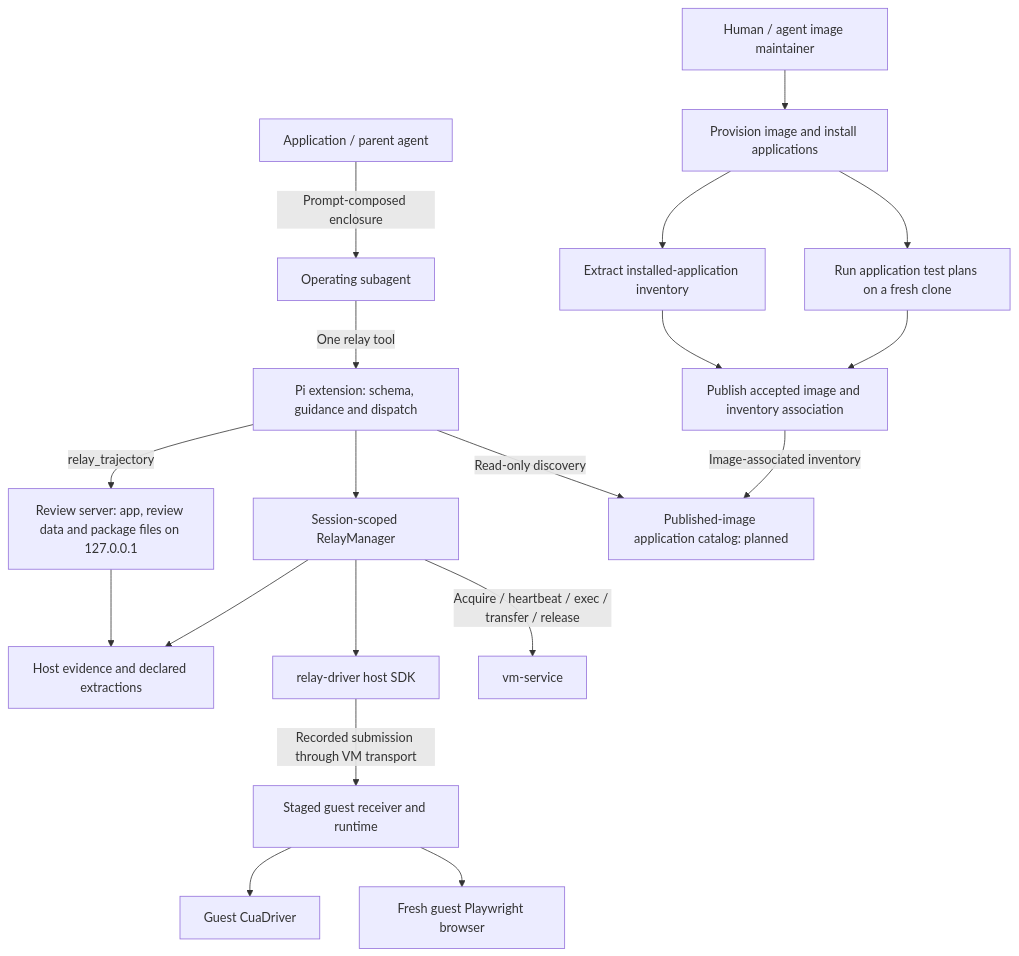
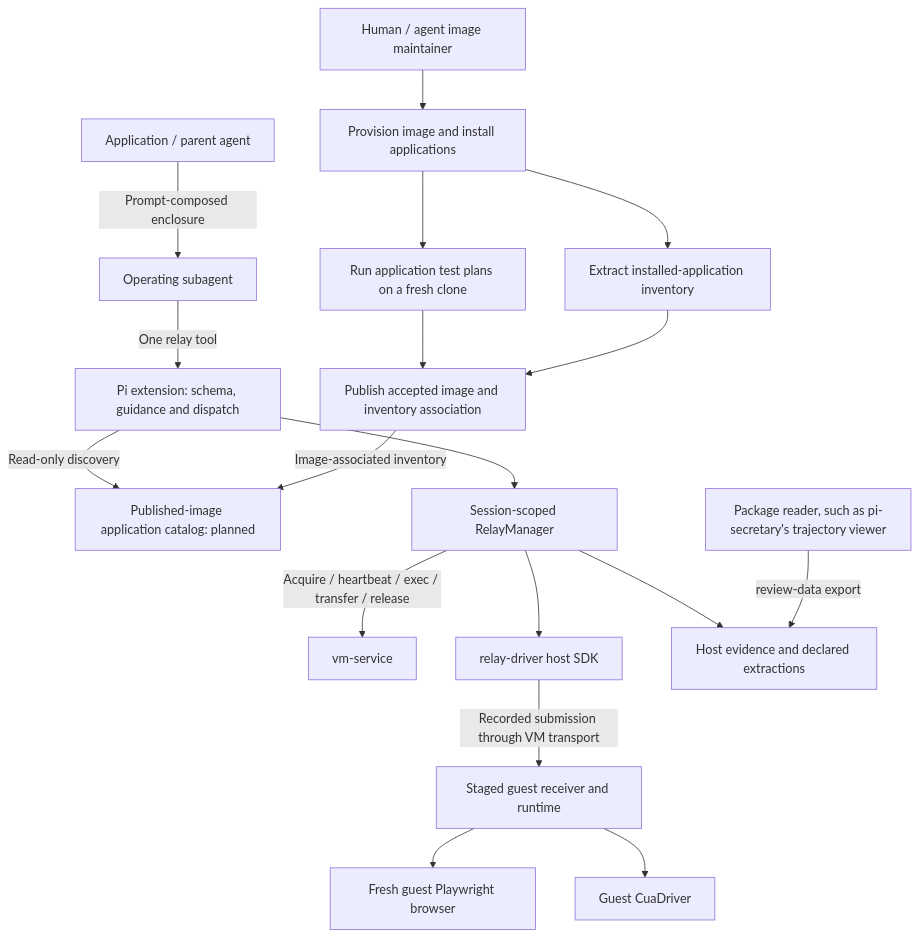
One commit to WeZZard/mcp-vm-relay changed the first of 4 diagrams in docs/technical-design.md. Above: the diagram before and after it, drawn with Mermaid. The commit also changed other lines of this file and 27 other files, not shown here.

First line of the commit message:
refactor!: move the trajectory viewer out to pi-secretary

````diff
--- a/docs/technical-design.md
+++ b/docs/technical-design.md
@@ -36,21 +36,20 @@
 ```mermaid
 flowchart TB
     App[Application / parent agent] -->|Prompt-composed enclosure| Agent[Operating subagent]
     Agent -->|One relay tool| Pi[Pi extension: schema, guidance and dispatch]
     Pi -->|Read-only discovery| Catalog[Published-image application catalog: planned]
     Pi --> Manager[Session-scoped RelayManager]
     Manager -->|Acquire / heartbeat / exec / transfer / release| VM[vm-service]
     Manager --> SDK[relay-driver host SDK]
     SDK -->|Recorded submission through VM transport| Guest[Staged guest receiver and runtime]
     Guest --> Browser[Fresh guest Playwright browser]
     Guest --> CUA[Guest CuaDriver]
     Manager --> Evidence[Host evidence and declared extractions]
-    Pi -->|relay_trajectory| Review[Review server: app, review data and package files on 127.0.0.1]
-    Review --> Evidence
+    Reader[Package reader, such as pi-secretary's trajectory viewer] -->|review-data export| Evidence
     Maintainer[Human / agent image maintainer] --> Provision[Provision image and install applications]
     Provision --> Tests[Run application test plans on a fresh clone]
     Provision --> Inventory[Extract installed-application inventory]
     Tests --> Publish[Publish accepted image and inventory association]
     Inventory --> Publish
     Publish -->|Image-associated inventory| Catalog
 ```
````
